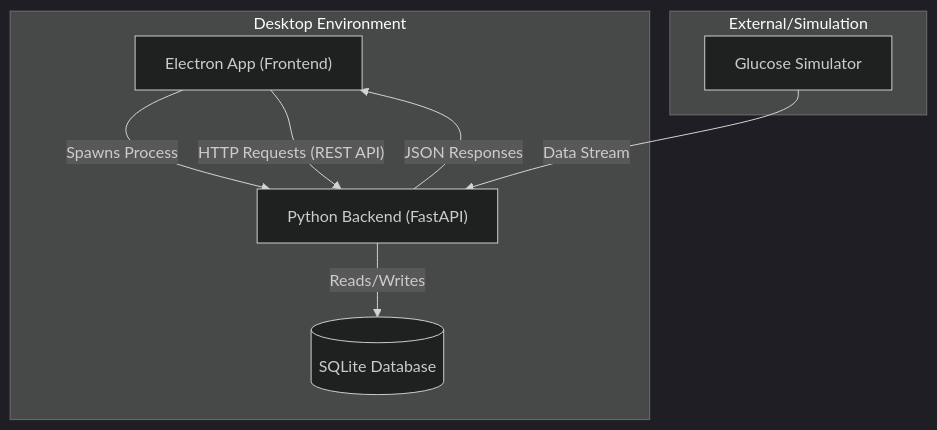
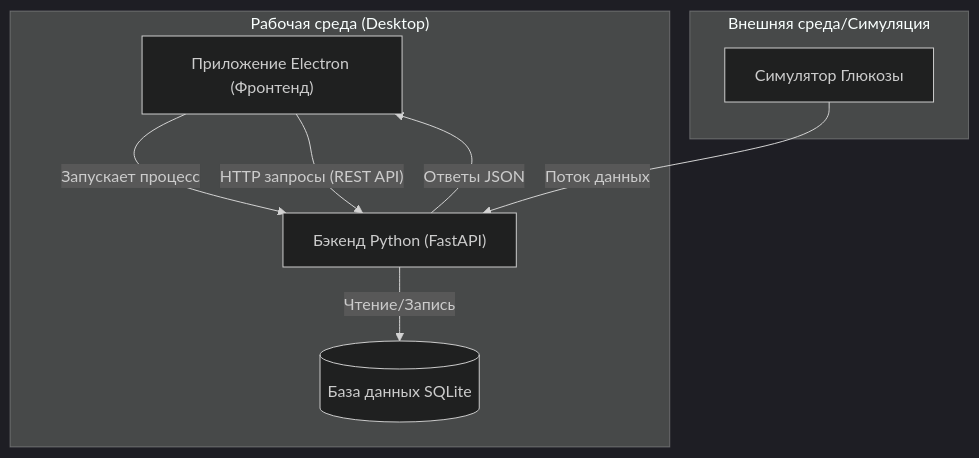
One commit to Dr-U-boop/Glukoze-Test changed the first of 5 diagrams in project_report.md. Above: the diagram before and after it, drawn with Mermaid (dark theme). The commit also changed other lines of this file, not shown here.

````diff
--- a/project_report.md
+++ b/project_report.md
@@ -18,17 +18,17 @@
 ```mermaid
 graph TD
-    subgraph "Desktop Environment"
-        E["Electron App (Frontend)"]
-        P["Python Backend (FastAPI)"]
-        DB[(SQLite Database)]
+    subgraph "Рабочая среда (Desktop)"
+        E["Приложение Electron (Фронтенд)"]
+        P["Бэкенд Python (FastAPI)"]
+        DB[(База данных SQLite)]
     end
 
-    E -- "Spawns Process" --> P
-    E -- "HTTP Requests (REST API)" --> P
-    P -- "Reads/Writes" --> DB
-    P -- "JSON Responses" --> E
+    E -- "Запускает процесс" --> P
+    E -- "HTTP запросы (REST API)" --> P
+    P -- "Чтение/Запись" --> DB
+    P -- "Ответы JSON" --> E
     
-    subgraph "External/Simulation"
-        S[Glucose Simulator] -- "Data Stream" --> P
+    subgraph "Внешняя среда/Симуляция"
+        S[Симулятор Глюкозы] -- "Поток данных" --> P
     end
 ```
````
